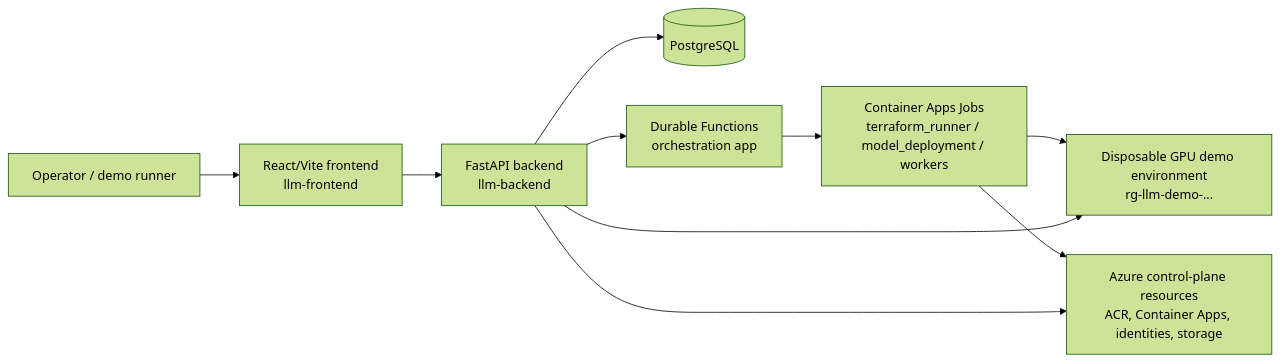
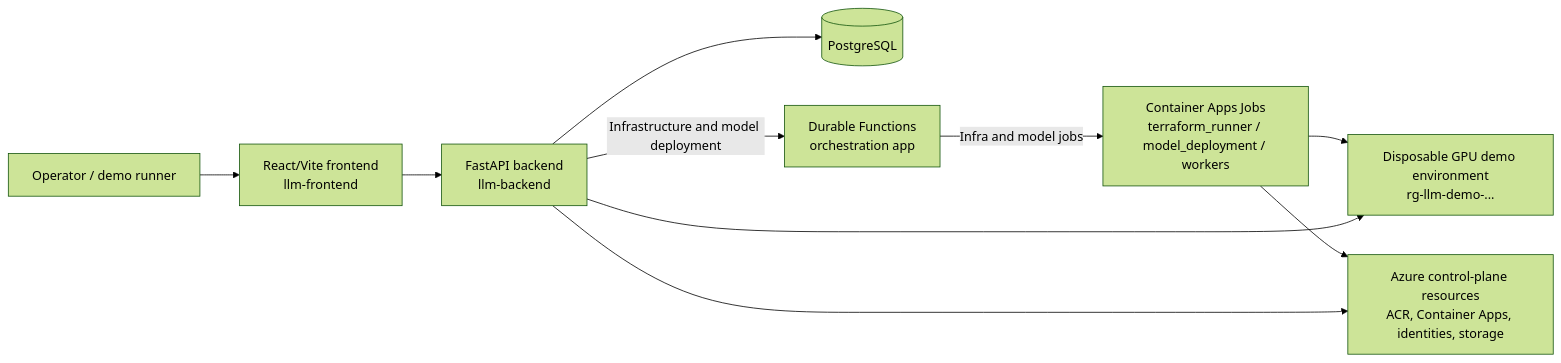
The diagram in README.md (ribumann/llmserving), drawn with Mermaid (forest theme) before and after one commit. The commit also changed other lines of this file and 8 other files, not shown here.

First line of the commit message:
Document honest release gates, operations and rendered architecture

````diff
--- a/README.md
+++ b/README.md
@@ -246,21 +277,21 @@
 ```mermaid
 flowchart LR
     Operator[Operator / demo runner]
     Frontend[React/Vite frontend<br/>llm-frontend]
     Backend[FastAPI backend<br/>llm-backend]
     Postgres[(PostgreSQL)]
     Functions[Durable Functions<br/>orchestration app]
     Jobs[Container Apps Jobs<br/>terraform_runner / model_deployment / workers]
     Demo[Disposable GPU demo environment<br/>rg-llm-demo-...]
     Azure[Azure control-plane resources<br/>ACR, Container Apps, identities, storage]
 
     Operator --> Frontend
     Frontend --> Backend
     Backend --> Postgres
-    Backend --> Functions
-    Functions --> Jobs
+    Backend -->|Infrastructure and model deployment| Functions
+    Functions -->|Infra and model jobs| Jobs
     Jobs --> Demo
     Backend --> Demo
     Jobs --> Azure
     Backend --> Azure
 ```
````
